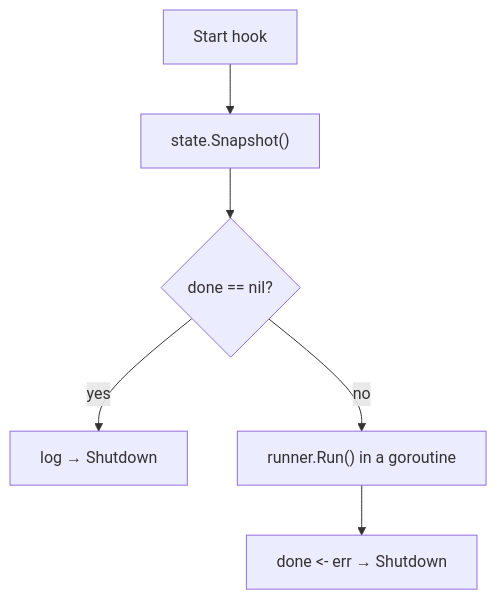
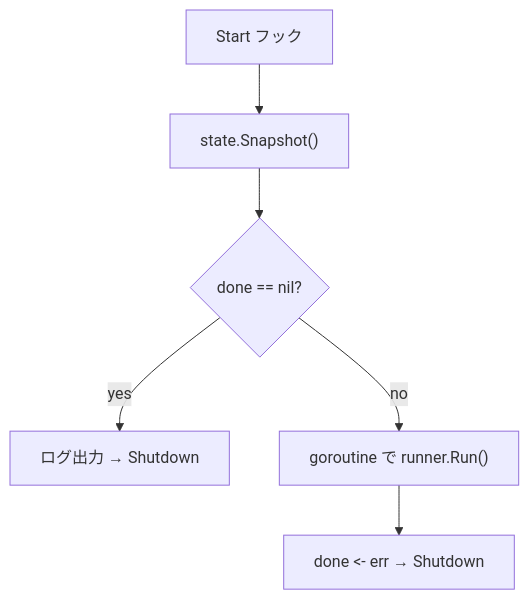
The diagram in internal/di/job/hook/README.md (Tomy-ch/go-boilerplate), drawn with Mermaid before and after one commit. The commit also changed other lines of this file and 970 other files, not shown here.

````diff
--- a/internal/di/job/hook/README.md
+++ b/internal/di/job/hook/README.md
@@ -9,13 +9,13 @@
 ```mermaid
 flowchart TB
-    Start["Start hook"]
+    Start["Start フック"]
     Snapshot["state.Snapshot()"]
     Check{"done == nil?"}
-    NoJob["log → Shutdown"]
-    RunJob["runner.Run() in a goroutine"]
+    NoJob["ログ出力 → Shutdown"]
+    RunJob["goroutine で runner.Run()"]
     Done["done <- err → Shutdown"]
 
     Start --> Snapshot --> Check
     Check -- yes --> NoJob
     Check -- no --> RunJob --> Done
 ```
````
